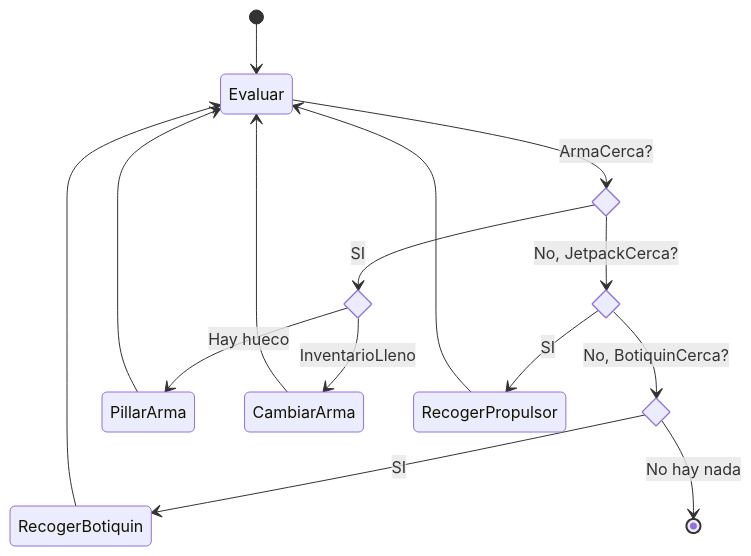
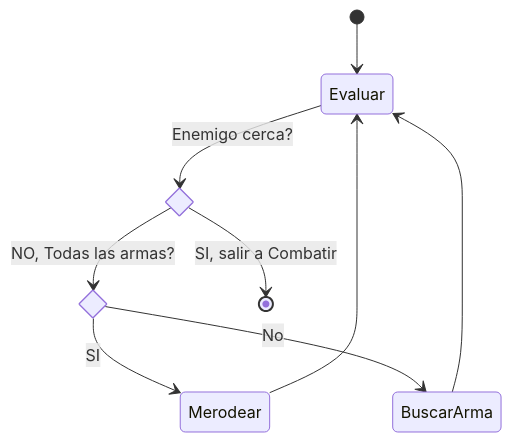
One commit to Kang-Hsi/hfsm-bt changed the fifth of 5 diagrams in README.md. Above: the diagram before and after it, drawn with Mermaid. The commit also changed other lines of this file, not shown here.

````diff
--- a/README.md
+++ b/README.md
@@ -613,36 +578,24 @@
     ```Mermaid
     ---
     config:
     theme: base
     look: neo
     ---
     stateDiagram
     direction TB
     [*] --> Evaluar
 
-    state ArmaCerca <<choice>>
-    state MaximoArma <<choice>>
-    state JetpackCerca <<choice>>
-    state BotiquinCerca <<choice>>
+    state ArmaCompleta <<choice>>
+    state EnemigoCerca <<choice>>
 
-    Evaluar --> ArmaCerca: ArmaCerca?
+    Evaluar --> EnemigoCerca: Enemigo cerca?
+    EnemigoCerca -->[*]: SI, salir a Combatir
+    EnemigoCerca--> ArmaCompleta: NO, Todas las armas?
 
-    ArmaCerca --> MaximoArma: SI
-    ArmaCerca --> JetpackCerca: No, JetpackCerca?
+    ArmaCompleta --> Merodear: SI
+    ArmaCompleta --> BuscarArma: No
 
-    MaximoArma --> PillarArma: Hay hueco
-    MaximoArma --> CambiarArma: InventarioLleno
+    BuscarArma --> Evaluar
+    Merodear-->Evaluar
 
-    PillarArma --> Evaluar
-    CambiarArma --> Evaluar
-
-    JetpackCerca --> RecogerPropulsor: SI
-    JetpackCerca --> BotiquinCerca: No, BotiquinCerca?
-
-    RecogerPropulsor --> Evaluar
-
-    BotiquinCerca --> RecogerBotiquin: SI
-    BotiquinCerca --> [*]: No hay nada
-
-    RecogerBotiquin --> Evaluar
     ```
````
